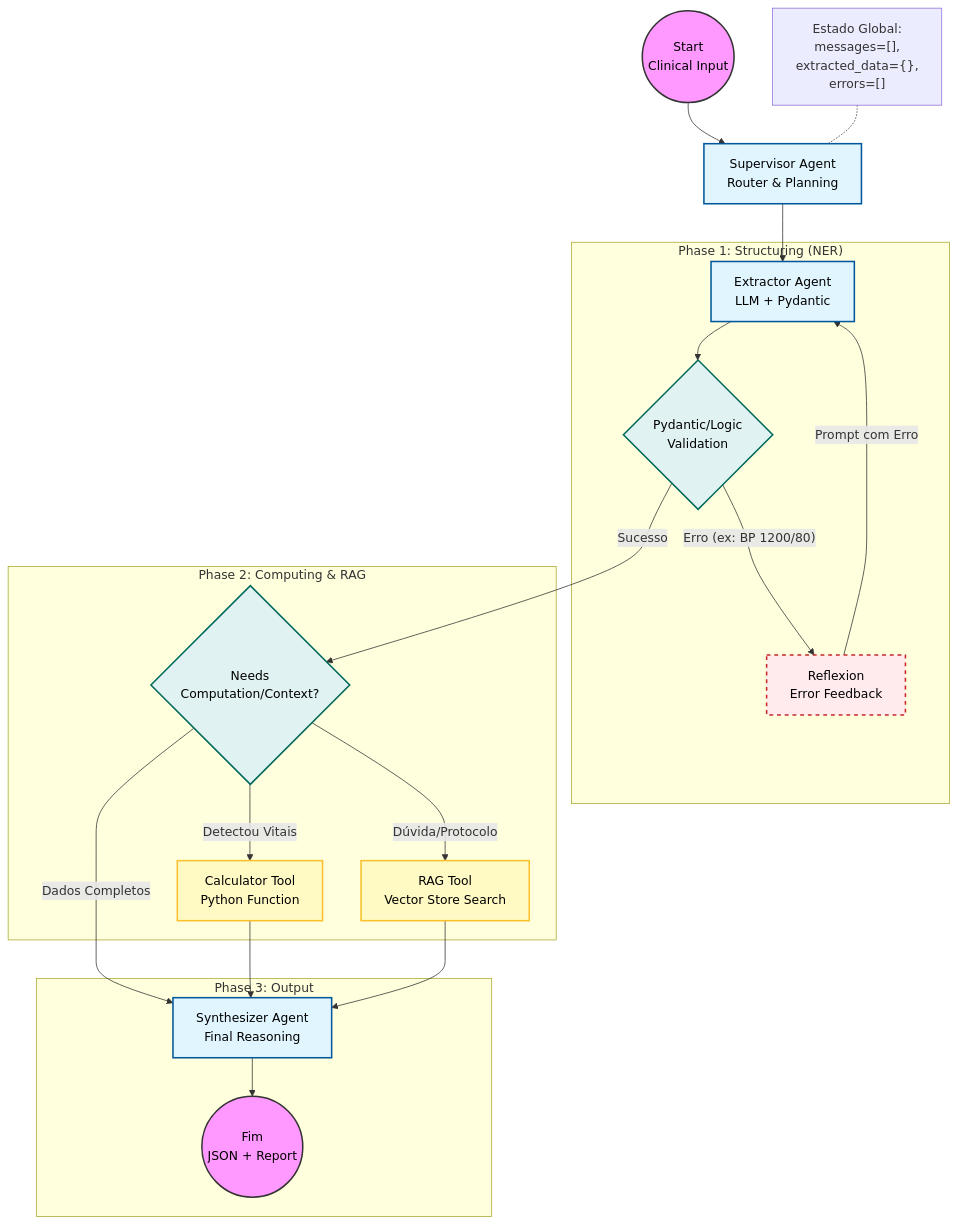
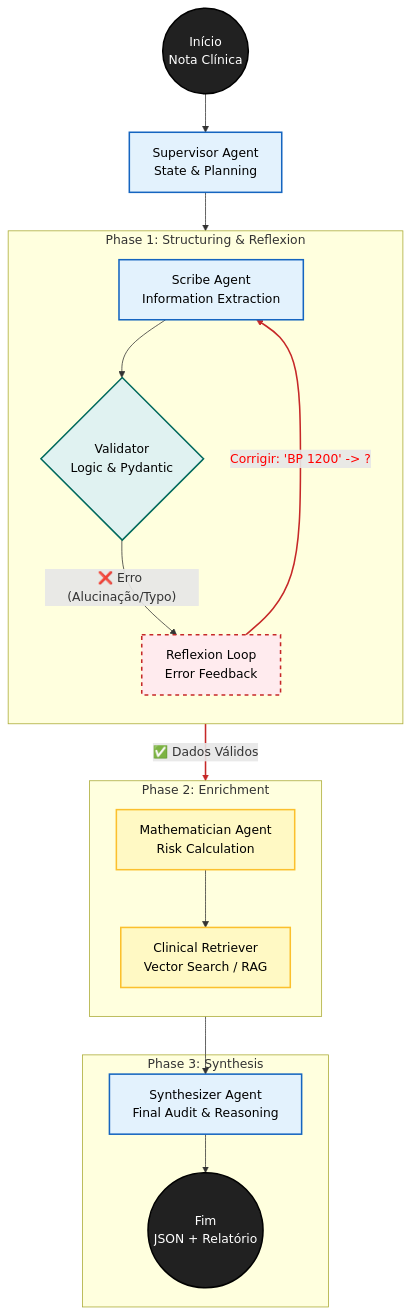
Before and after one commit to olavodd42/trialogic: the diagram in diagram.md, drawn with Mermaid. The commit also changed 3 other files, not shown here.

Commit message:
feat: Atualiza diagrama e refatora lógica de validação e fluxo de trabalho

````diff
--- a/diagram.md
+++ b/diagram.md
@@ -1,58 +1,56 @@
 ```mermaid
 graph TD
-    %% Estilos
-    classDef startend fill:#f9f,stroke:#333,stroke-width:2px,color:black;
-    classDef agent fill:#e1f5fe,stroke:#01579b,stroke-width:2px,color:black;
-    classDef tool fill:#fff9c4,stroke:#fbc02d,stroke-width:2px,color:black;
-    classDef guardrail fill:#ffebee,stroke:#c62828,stroke-width:2px,stroke-dasharray: 5 5,color:black;
-    classDef decision fill:#e0f2f1,stroke:#00695c,stroke-width:2px,shape:rhombus,color:black;
+    %% --- ESTILOS ---
+    classDef startend fill:#212121,stroke:#000,stroke-width:2px,color:#fff;
+    classDef agent fill:#e3f2fd,stroke:#1565c0,stroke-width:2px,color:#000;
+    classDef function fill:#fff9c4,stroke:#fbc02d,stroke-width:2px,color:#000;
+    classDef guardrail fill:#ffebee,stroke:#c62828,stroke-width:2px,stroke-dasharray: 5 5,color:#000;
+    classDef router fill:#e0f2f1,stroke:#00695c,stroke-width:2px,shape:rhombus,color:#000;
 
-    %% Nós Principais
-    Start((Start<br>Clinical Input)):::startend
-    Supervisor[Supervisor Agent<br>Router & Planning]:::agent
+    %% --- NÓS ---
+    Start((Início<br>Nota Clínica)):::startend
     
-    %% Subgrafo de Extração
-    subgraph "Phase 1: Structuring (NER)"
-        Extractor[Extractor Agent<br>LLM + Pydantic]:::agent
-        Validator{Pydantic/Logic<br>Validation}:::decision
-        Retry[Reflexion<br>Error Feedback]:::guardrail
+    %% O Cérebro
+    Supervisor[Supervisor Agent<br>State & Planning]:::agent
+
+    %% FASE 1: ESTRUTURAÇÃO & REFLEXÃO
+    subgraph "Phase 1: Structuring & Reflexion"
+        direction TB
+        Scribe[Scribe Agent<br>Information Extraction]:::agent
+        Validator{Validator<br>Logic & Pydantic}:::router
+        Retry[Reflexion Loop<br>Error Feedback]:::guardrail
     end
 
-    %% Subgrafo de Ferramentas
-    subgraph "Phase 2: Computing & RAG"
-        ToolRouter{Needs<br>Computation/Context?}:::decision
-        Calculator[Calculator Tool<br>Python Function]:::tool
-        RAG[RAG Tool<br>Vector Store Search]:::tool
-    end
-    
-    %% Subgrafo de Síntese
-    subgraph "Phase 3: Output"
-        Synthesizer[Synthesizer Agent<br>Final Reasoning]:::agent
-        End((Fim<br>JSON + Report)):::startend
+    %% FASE 2: ENRIQUECIMENTO (FERRAMENTAS)
+    subgraph "Phase 2: Enrichment"
+        direction TB
+        Mathematician[Mathematician Agent<br>Risk Calculation]:::function
+        ClinicalRAG[Clinical Retriever<br>Vector Search / RAG]:::function
     end
 
-    %% Conexões
+    %% FASE 3: SÍNTESE FINAL
+    subgraph "Phase 3: Synthesis"
+        Synthesizer[Synthesizer Agent<br>Final Audit & Reasoning]:::agent
+        Output((Fim<br>JSON + Relatório)):::startend
+    end
+
+    %% --- CONEXÕES ---
     Start --> Supervisor
-    Supervisor --> Extractor
+    Supervisor --> Scribe
     
-    Extractor --> Validator
+    %% O Ciclo de Auto-Correção (O "Pulo do Gato" Acadêmico)
+    Scribe --> Validator
+    Validator -- "❌ Erro (Alucinação/Typo)" --> Retry
+    Retry -- "Corrigir: 'BP 1200' -> ?" --> Scribe
     
-    %% Lógica de Validação (O "Guardrail")
-    Validator -- "Erro (ex: BP 1200/80)" --> Retry
-    Retry -- "Prompt com Erro" --> Extractor
-    Validator -- "Sucesso" --> ToolRouter
+    %% Fluxo de Sucesso
+    Validator -- "✅ Dados Válidos" --> Mathematician
+    Mathematician --> ClinicalRAG
+    ClinicalRAG --> Synthesizer
     
-    %% Lógica de Ferramentas
-    ToolRouter -- "Detectou Vitais" --> Calculator
-    ToolRouter -- "Dúvida/Protocolo" --> RAG
-    ToolRouter -- "Dados Completos" --> Synthesizer
-    
-    Calculator --> Synthesizer
-    RAG --> Synthesizer
-    
-    Synthesizer --> End
+    Synthesizer --> Output
 
-    %% Notas de Tech Lead
-    note1["Estado Global: <br>messages=[], <br>extracted_data={}, <br>errors=[]"]
-    note1 -.- Supervisor
+    %% --- ANOTAÇÕES TÉCNICAS ---
+    linkStyle 4 stroke:#c62828,stroke-width:2px,color:red;
+    linkStyle 5 stroke:#c62828,stroke-width:2px;
 ```
````
